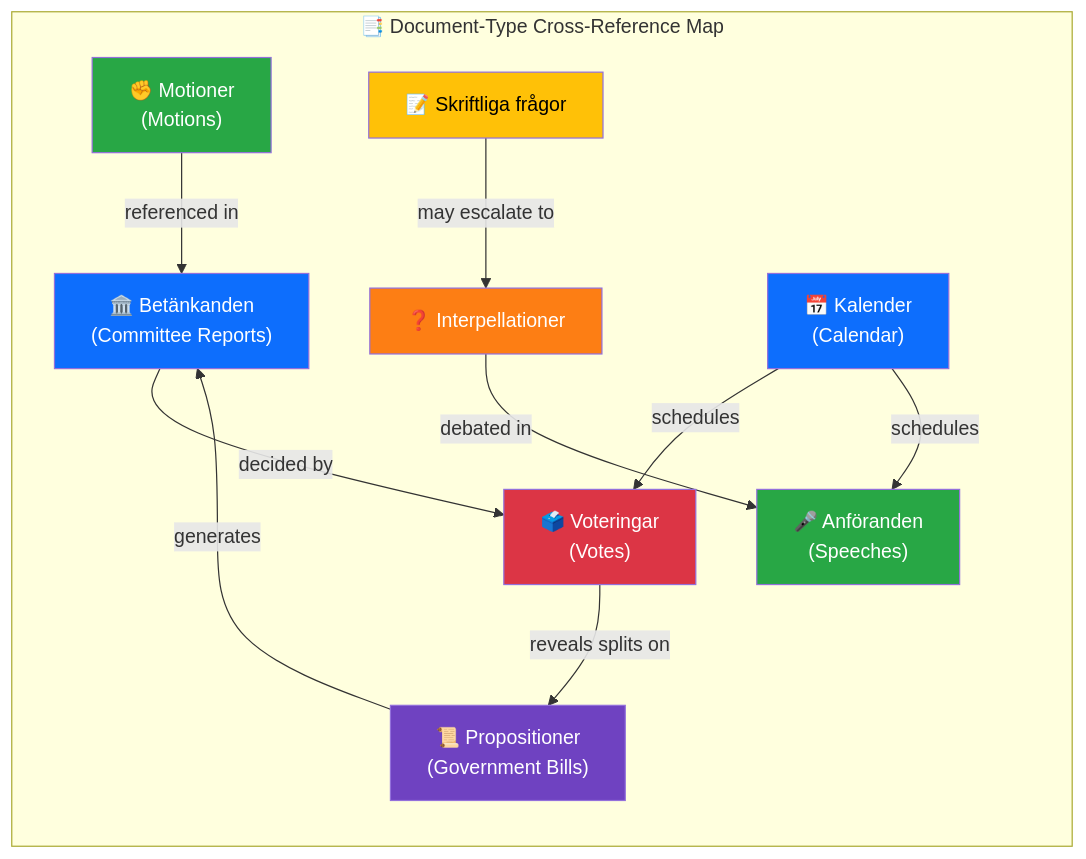
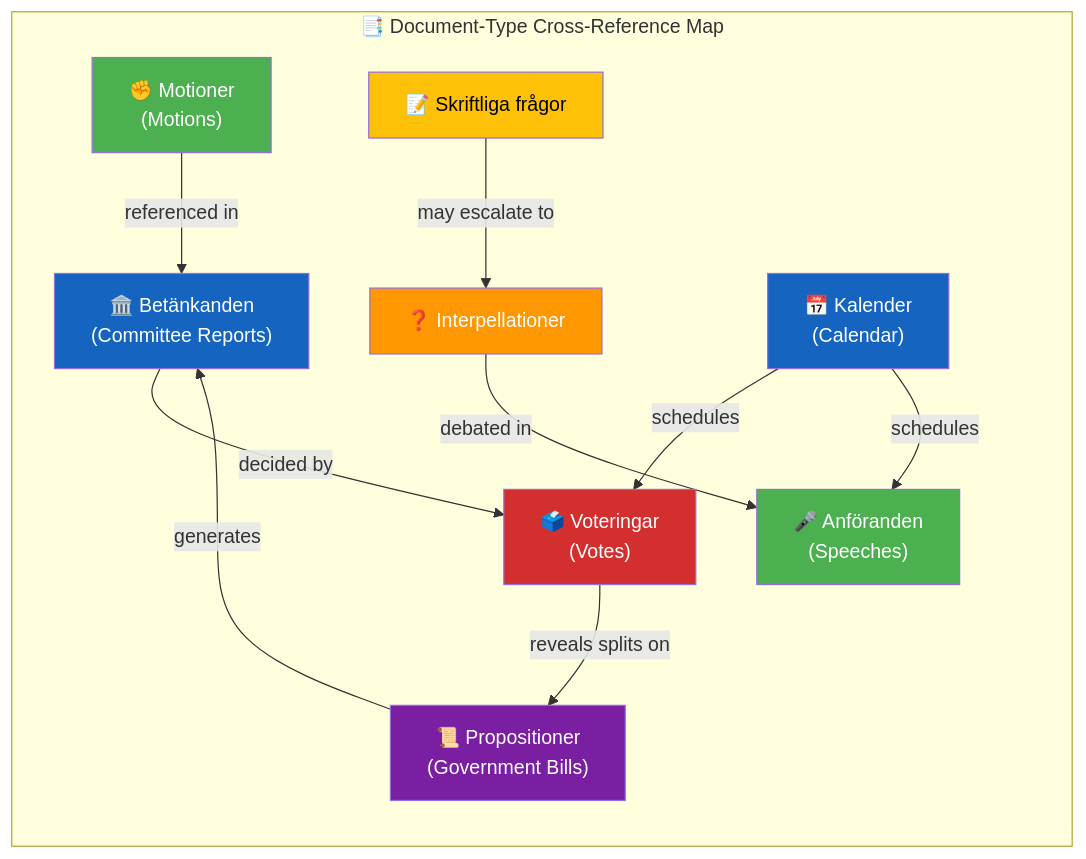
The sixth of 11 diagrams in analysis/methodologies/ai-driven-analysis-guide.md (Hack23/riksdagsmonitor), drawn with Mermaid before and after one commit. The commit also changed other lines of this file and 14 other files, not shown here.

First line of the commit message:
Align analysis/ mermaid diagrams with ISMS Style Guide palette and convert SWOT to quadrantChart

````diff
--- a/analysis/methodologies/ai-driven-analysis-guide.md
+++ b/analysis/methodologies/ai-driven-analysis-guide.md
@@ -775,32 +782,32 @@
 ```mermaid
 graph TD
     subgraph "📑 Document-Type Cross-Reference Map"
         direction TB
         BET["🏛️ Betänkanden<br/>(Committee Reports)"]
         PROP["📜 Propositioner<br/>(Government Bills)"]
         MOT["✊ Motioner<br/>(Motions)"]
         IP["❓ Interpellationer"]
         FR["📝 Skriftliga frågor"]
         VOT["🗳️ Voteringar<br/>(Votes)"]
         ANF["🎤 Anföranden<br/>(Speeches)"]
         KAL["📅 Kalender<br/>(Calendar)"]
     end
 
     PROP -->|"generates"| BET
     MOT -->|"referenced in"| BET
     BET -->|"decided by"| VOT
     IP -->|"debated in"| ANF
     FR -->|"may escalate to"| IP
     KAL -->|"schedules"| VOT
     KAL -->|"schedules"| ANF
     VOT -->|"reveals splits on"| PROP
 
-    style BET fill:#0d6efd,color:#fff
-    style PROP fill:#6f42c1,color:#fff
-    style MOT fill:#28a745,color:#fff
-    style IP fill:#fd7e14,color:#fff
-    style FR fill:#ffc107,color:#000
-    style VOT fill:#dc3545,color:#fff
-    style ANF fill:#28a745,color:#fff
-    style KAL fill:#0d6efd,color:#fff
+    style BET fill:#1565C0,color:#FFFFFF
+    style PROP fill:#7B1FA2,color:#FFFFFF
+    style MOT fill:#4CAF50,color:#FFFFFF
+    style IP fill:#FF9800,color:#FFFFFF
+    style FR fill:#FFC107,color:#000000
+    style VOT fill:#D32F2F,color:#FFFFFF
+    style ANF fill:#4CAF50,color:#FFFFFF
+    style KAL fill:#1565C0,color:#FFFFFF
 ```
````
